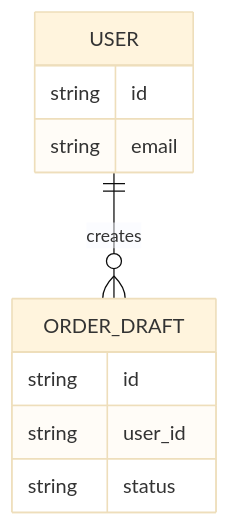
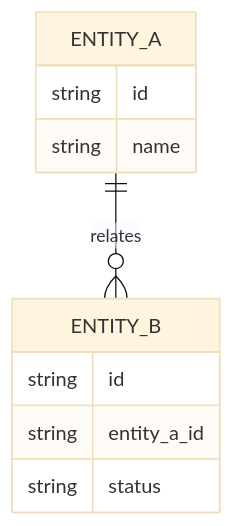
The diagram in .qfai/assistant/skills/qfai-sdd/templates/specs/_policies/05_Contracts.md (aganesy/QFAI), drawn with Mermaid (base theme) before and after one commit. The commit also changed other lines of this file and 4 other files, not shown here.

````diff
--- a/.qfai/assistant/skills/qfai-sdd/templates/specs/_policies/05_Contracts.md
+++ b/.qfai/assistant/skills/qfai-sdd/templates/specs/_policies/05_Contracts.md
@@ -56,13 +58,13 @@
 ```mermaid
 erDiagram
-  USER ||--o{ ORDER_DRAFT : creates
-  USER {
+  ENTITY_A ||--o{ ENTITY_B : relates
+  ENTITY_A {
     string id
-    string email
+    string name
   }
-  ORDER_DRAFT {
+  ENTITY_B {
     string id
-    string user_id
+    string entity_a_id
     string status
   }
 ```
````
